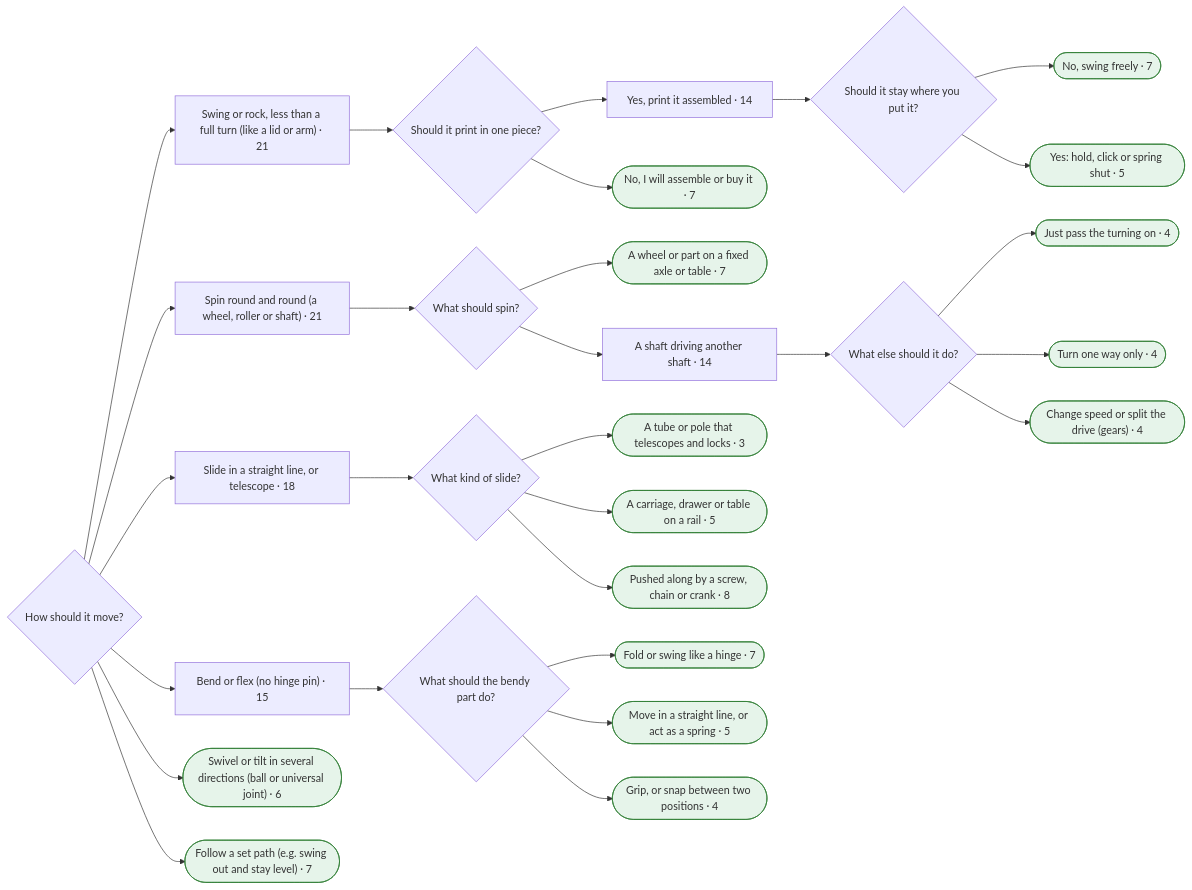
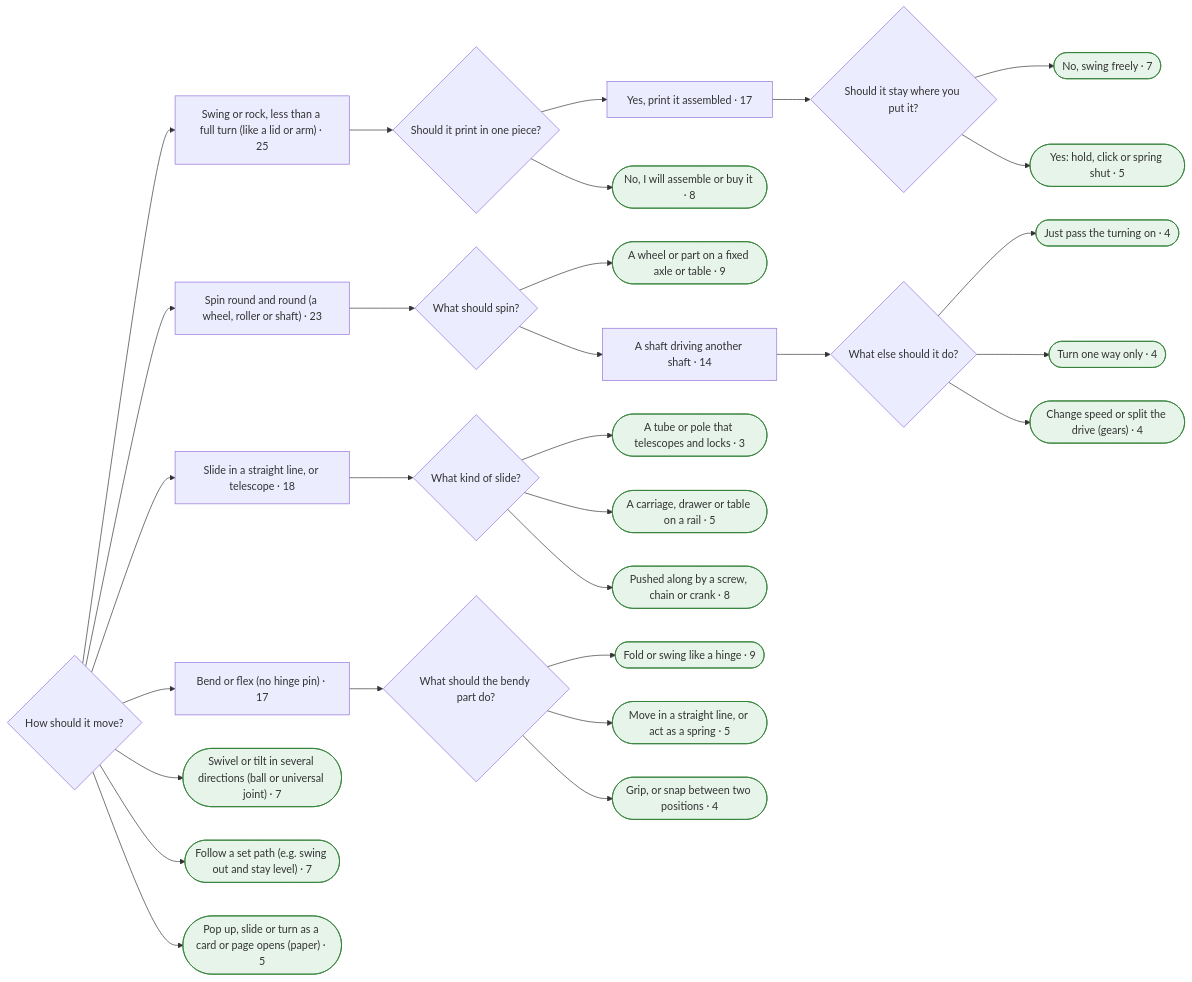
Before and after one commit to smileymcfrown/EncyclopediaOfConnections: the fourth of 11 diagrams in research/finder-test/mermaid.md, drawn with Mermaid. The commit also changed other lines of this file and 481 other files, not shown here.

````diff
--- a/research/finder-test/mermaid.md
+++ b/research/finder-test/mermaid.md
@@ -533,75 +565,78 @@
 ```mermaid
 flowchart LR
-  q194{"How should it move?"}
-  a195["Swing or rock, less than a full turn (like a lid or arm) · 21"]
-  q194 --> a195
-  q196{"Should it print in one piece?"}
-  a195 --> q196
-  a197["Yes, print it assembled · 14"]
-  q196 --> a197
-  q198{"Should it stay where you put it?"}
-  a197 --> q198
-  a199(["No, swing freely · 7"])
-  q198 --> a199
-  class a199 leaf
-  a200(["Yes: hold, click or spring shut · 5"])
-  q198 --> a200
-  class a200 leaf
-  a201(["No, I will assemble or buy it · 7"])
-  q196 --> a201
-  class a201 leaf
-  a202["Spin round and round (a wheel, roller or shaft) · 21"]
-  q194 --> a202
-  q203{"What should spin?"}
-  a202 --> q203
-  a204(["A wheel or part on a fixed axle or table · 7"])
-  q203 --> a204
-  class a204 leaf
-  a205["A shaft driving another shaft · 14"]
-  q203 --> a205
-  q206{"What else should it do?"}
-  a205 --> q206
-  a207(["Just pass the turning on · 4"])
+  q206{"How should it move?"}
+  a207["Swing or rock, less than a full turn (like a lid or arm) · 25"]
   q206 --> a207
-  class a207 leaf
-  a208(["Turn one way only · 4"])
-  q206 --> a208
-  class a208 leaf
-  a209(["Change speed or split the drive (gears) · 4"])
-  q206 --> a209
-  class a209 leaf
-  a210["Slide in a straight line, or telescope · 18"]
-  q194 --> a210
-  q211{"What kind of slide?"}
-  a210 --> q211
-  a212(["A tube or pole that telescopes and locks · 3"])
-  q211 --> a212
+  q208{"Should it print in one piece?"}
+  a207 --> q208
+  a209["Yes, print it assembled · 17"]
+  q208 --> a209
+  q210{"Should it stay where you put it?"}
+  a209 --> q210
+  a211(["No, swing freely · 7"])
+  q210 --> a211
+  class a211 leaf
+  a212(["Yes: hold, click or spring shut · 5"])
+  q210 --> a212
   class a212 leaf
-  a213(["A carriage, drawer or table on a rail · 5"])
-  q211 --> a213
+  a213(["No, I will assemble or buy it · 8"])
+  q208 --> a213
   class a213 leaf
-  a214(["Pushed along by a screw, chain or crank · 8"])
-  q211 --> a214
-  class a214 leaf
-  a215["Bend or flex (no hinge pin) · 15"]
-  q194 --> a215
-  q216{"What should the bendy part do?"}
-  a215 --> q216
-  a217(["Fold or swing like a hinge · 7"])
-  q216 --> a217
-  class a217 leaf
-  a218(["Move in a straight line, or act as a spring · 5"])
-  q216 --> a218
-  class a218 leaf
-  a219(["Grip, or snap between two positions · 4"])
-  q216 --> a219
+  a214["Spin round and round (a wheel, roller or shaft) · 23"]
+  q206 --> a214
+  q215{"What should spin?"}
+  a214 --> q215
+  a216(["A wheel or part on a fixed axle or table · 9"])
+  q215 --> a216
+  class a216 leaf
+  a217["A shaft driving another shaft · 14"]
+  q215 --> a217
+  q218{"What else should it do?"}
+  a217 --> q218
+  a219(["Just pass the turning on · 4"])
+  q218 --> a219
   class a219 leaf
-  a220(["Swivel or tilt in several directions (ball or universal joint) · 6"])
-  q194 --> a220
+  a220(["Turn one way only · 4"])
+  q218 --> a220
   class a220 leaf
-  a221(["Follow a set path (e.g. swing out and stay level) · 7"])
-  q194 --> a221
+  a221(["Change speed or split the drive (gears) · 4"])
+  q218 --> a221
   class a221 leaf
+  a222["Slide in a straight line, or telescope · 18"]
+  q206 --> a222
+  q223{"What kind of slide?"}
+  a222 --> q223
+  a224(["A tube or pole that telescopes and locks · 3"])
+  q223 --> a224
+  class a224 leaf
+  a225(["A carriage, drawer or table on a rail · 5"])
+  q223 --> a225
+  class a225 leaf
+  a226(["Pushed along by a screw, chain or crank · 8"])
+  q223 --> a226
+  class a226 leaf
+  a227["Bend or flex (no hinge pin) · 17"]
+  q206 --> a227
+  q228{"What should the bendy part do?"}
+  a227 --> q228
+  a229(["Fold or swing like a hinge · 9"])
+  q228 --> a229
+  class a229 leaf
+  a230(["Move in a straight line, or act as a spring · 5"])
+  q228 --> a230
+  class a230 leaf
+  a231(["Grip, or snap between two positions · 4"])
+  q228 --> a231
+  class a231 leaf
+  a232(["Swivel or tilt in several directions (ball or universal joint) · 7"])
+  q206 --> a232
+  class a232 leaf
+  a233(["Follow a set path (e.g. swing out and stay level) · 7"])
+  q206 --> a233
+  class a233 leaf
+  a234(["Pop up, slide or turn as a card or page opens (paper) · 5"])
+  q206 --> a234
+  class a234 leaf
   classDef leaf fill:#e6f4ea,stroke:#2e7d32
   classDef more fill:#fff4e5,stroke:#b26a00
 ```
````
